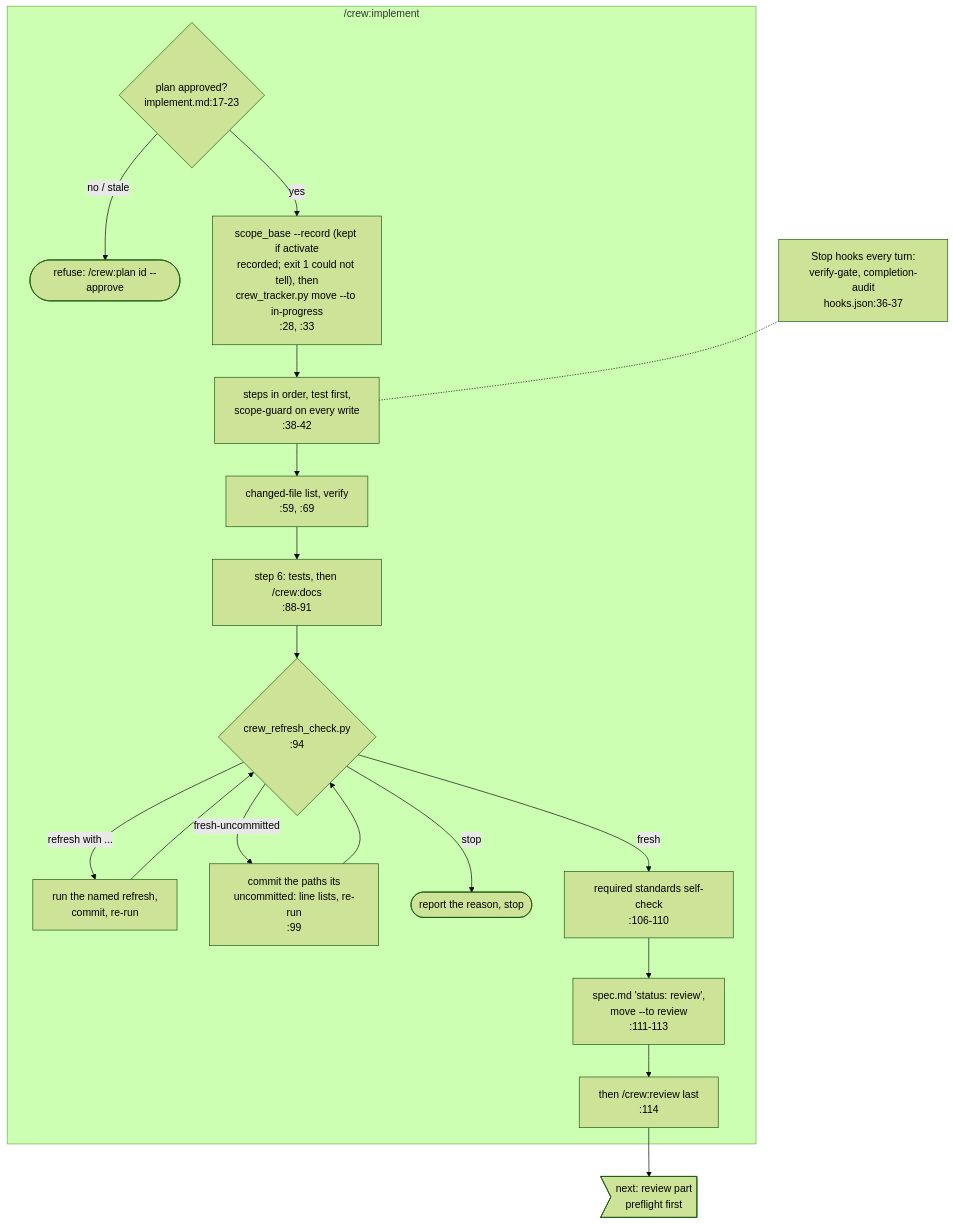
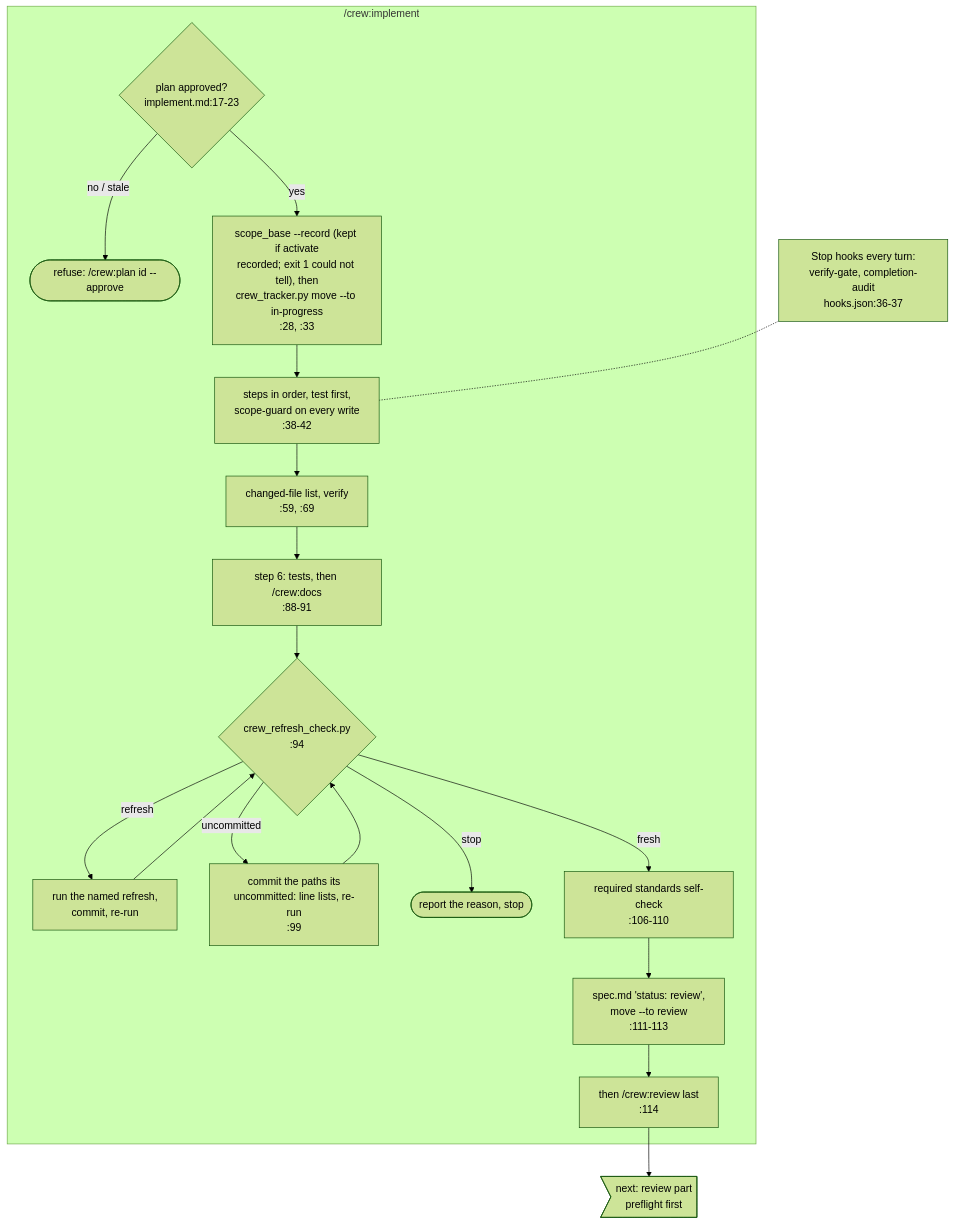
The diagram in docs/diagrams/process-crew-lifecycle-implement.mmd (mbadali25/useful-claude-add-ons), drawn with Mermaid (forest theme) before and after one commit. The commit also changed 29 other files, not shown here.

First line of the commit message:
L-0850: docs and artifact refresh (codemap, rules, diagrams, graph, README and SECURITY.md for the 36 to 16 hooks.json change); docs/refresh only, no code (owner waiver 2026-10-20)

```diff
--- a/docs/diagrams/process-crew-lifecycle-implement.mmd
+++ b/docs/diagrams/process-crew-lifecycle-implement.mmd
@@ -1,59 +1,61 @@
-%% Generated from useful-claude-add-ons@adb3c2a7 on 2026-10-09. Verify before trusting.
+%% Generated from useful-claude-add-ons@c1d365d7 on 2026-10-20. Verify before trusting.
 %% Anchors: plugin/crew/commands/implement.md, plugin/crew/hooks/hooks.json, plugin/crew/hooks/scripts/crew_ticket.py, plugin/crew/hooks/scripts/crew_tracker.py, plugin/crew/hooks/scripts/crew_refresh_check.py, plugin/crew/hooks/scripts/crew_standards.py
 %% Purpose: /crew:implement from the approval check to handing over to /crew:review: the plan steps under the scope guard, the refresh-artifacts loop and the required standards self-check.
 %% Embed: none
 %% Re-anchored f808e5f0 -> adb3c2a7 (L-0753): of the Anchors paths crew_refresh_check.py (own_changes added) changed; this diagram's cited lines do not move for it. No node or edge changed.
 %% One part of the crew lifecycle; process-crew-lifecycle.mmd is the overview and keeps the re-anchor history.
 %% Arrow-shaped nodes ("next:" / "back:" / "again:") stand for a node drawn in the named part.
 %% T-0061 (#378, merged with main 38adba44+): im1 relabelled - `crew_ticket.py activate` now records the scope
 %% base at branch cut, so /crew:implement step 1 may report `kept`, and a `tickets.baseBranch` naming no commit
 %% exits 1 "could not tell". Cites :28, :33 re-read on the merged tree.
 %% --
 %% Re-drawn for T-0066 (crew 1.0.328, merging origin/main c9263465, then edb2b8ff, 155fe6d8 and e9364a70, which left implement.md unchanged): implement.md step 2 gained a line (T-0066)
 %%    and main changed four lines in place; node cites re-read on this tree (:59, :69, :88-91, :94, :106-110, :111-114, :115).
 %% Every node cites the command file's own line; files are named repo-relative
 %% here and by basename in the nodes (all under plugin/crew/commands/ unless
 %% named otherwise):
 %%   plugin/crew/commands/implement.md:14-17 refuses unless `crew_ticket.py validate`
 %%     reports the plan approved; :31 scope_base --record, then crew_tracker.py
 %%     move --to in-progress (:36, `--reopen` on a successor plan :37); :41 steps
 %%     in order, test first; :59 changed-file list; :69 verify; :89-112 step 6:
 %%     tests, then docs, then crew_refresh_check.py (:96) and the commands its
 %%     lines name, committed, until `fresh` (current AND committed since T-0063:
 %%     `fresh-uncommitted` means commit the listed paths) or a `stop`; then spec.md header
 %%     `status: review`, which keeps the approval (:107-109), and crew_tracker.py
 %%     move --to review (:110-111); then /crew:review last (:112). :114-118
 %%     step 7: done is /crew:done's.
 %%     Scope guard: plugin/crew/hooks/hooks.json:12-15 (PreToolUse launcher; crew_hook.py runs scope-guard.sh).
 %%     Stop hooks: plugin/crew/hooks/hooks.json:36-37 (Stop launcher; crew_hook.py runs verify-gate.sh and completion-audit.sh).
 %% --
 %% Note im0: crew_ticket.py validate
 %% Note im2: recurring-findings checklist for the Touch paths, then steps in order;
 %%    hooks.json:12-15 (PreToolUse, Touch)
 %% Note sc1: crew_standards.py init, answer every row, crew_standards.py stamp until exit 0
 %% Note im4: spec.md header 'status: review' (keeps the approval), crew_tracker.py move --to
 %%    review (Review lane: review outstanding)
 flowchart TB
     subgraph implement["/crew:implement"]
         im0{"plan approved?<br/>implement.md:17-23"}
         im0 -- "no / stale" --> imx([refuse: /crew:plan id --approve])
         im0 -- yes --> im1["scope_base --record (kept if activate<br/>recorded; exit 1 could not tell), then<br/>crew_tracker.py move --to in-progress<br/>:28, :33"]
         im1 --> im2["steps in order, test first,<br/>scope-guard on every write<br/>:38-42"]
         im2 --> im3a["changed-file list, verify<br/>:59, :69"]
         im3a --> im3["step 6: tests, then /crew:docs<br/>:88-91"]
         im3 --> rf1{"crew_refresh_check.py<br/>:94"}
-        rf1 -- "refresh with ..." --> rf2["run the named refresh,<br/>commit, re-run"]
+        rf1 -- refresh --> rf2["run the named refresh,<br/>commit, re-run"]
         rf2 --> rf1
-        rf1 -- "fresh-uncommitted" --> rf3["commit the paths its<br/>uncommitted: line lists, re-run<br/>:99"]
+        rf1 -- uncommitted --> rf3["commit the paths its<br/>uncommitted: line lists, re-run<br/>:99"]
         rf3 --> rf1
         rf1 -- "stop" --> rfx([report the reason, stop])
         rf1 -- fresh --> sc1["required standards self-check<br/>:106-110"]
         sc1 --> im4["spec.md 'status: review',<br/>move --to review<br/>:111-113"]
         im4 --> im5["then /crew:review last<br/>:114"]
     end
 
     im5 --> to_pf0>"next: review part<br/>preflight first"]
 
     stop["Stop hooks every turn:<br/>verify-gate, completion-audit<br/>hooks.json:36-37"] -.- im2
 %% T-0063 (#368) merges origin/main c9263465 (rerere off): main split this diagram into parts (#375); T-0063's edits re-applied here.
 %% New rf3 node and its two edges (implement.md:99, re-read with grep -n on batch-7-build after the merge). rf1 :94 holds.
+%% Re-anchored adb3c2a7 -> c1d365d7 (L-0850, crew 1.2.58): of the Anchors paths only hooks.json changed. hooks.json:12-15 (PreToolUse) and :36-37 (Stop) hold after the 36 -> 16 registration rewrite (re-read), and crew_hook.py TABLE runs scope-guard.sh (:75), verify-gate.sh (:81) and completion-audit.sh (:83). No node or edge changed.
+%% Edge labels "refresh with ..." and "fresh-uncommitted" shortened to "refresh" and "uncommitted" (same branches) so the readability check passes; it reported one label overlap at HEAD.
```
